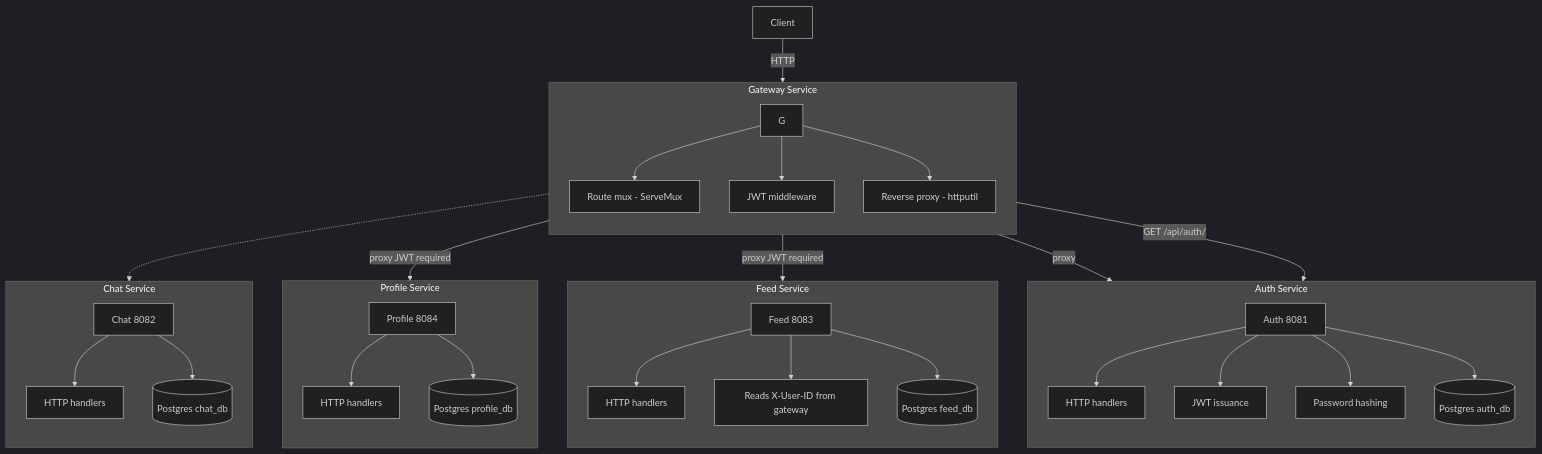
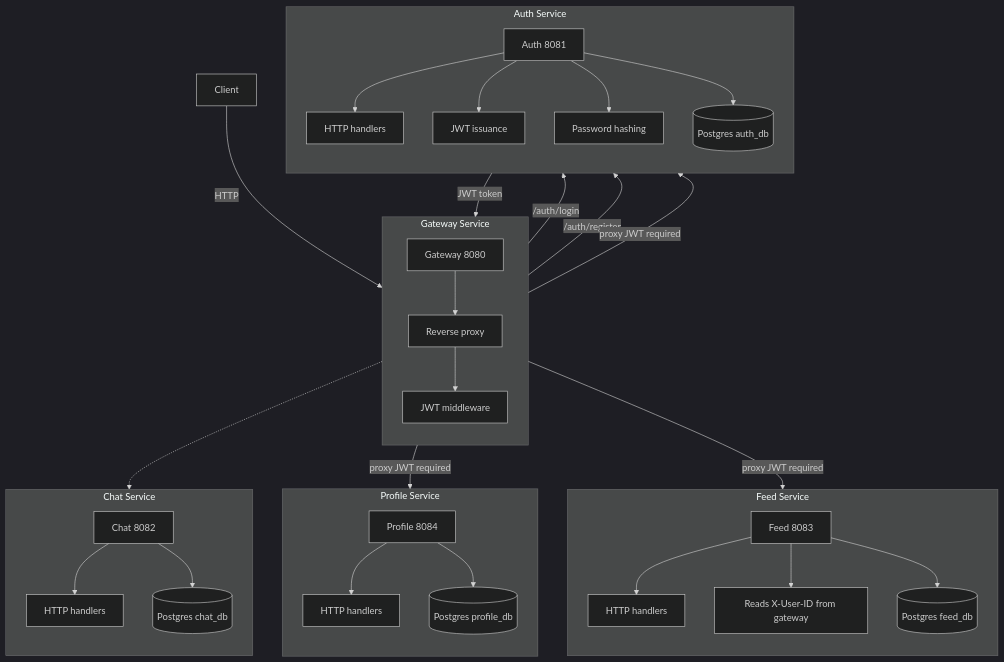
One commit to abeb021/wave-connect changed the first of 2 diagrams in README.md. Above: the diagram before and after it, drawn with Mermaid (dark theme). The commit also changed other lines of this file, not shown here.

Commit message:
fixed readme according to new flow

````diff
--- a/README.md
+++ b/README.md
@@ -29,55 +29,55 @@
 ```mermaid
 flowchart TB
   C[Client]
-
+  
   %% Gateway
-  subgraph Gateway["Gateway Service"]
+  G3[Gateway 8080]
+    subgraph Gateway["Gateway Service"]
     direction TB
-    G --> G1[Route mux - ServeMux]
-    G --> G2[JWT middleware]
-    G --> G3[Reverse proxy - httputil]
+    G2 --> G[JWT middleware]
+    G3 --> G2[Reverse proxy]
   end
 
   %% Domain services
-  G -->|proxy| AUTH[Auth 8081]
+  G2 -->|/auth/login| AUTH
+  G2 -->|/auth/register| AUTH
+  AUTH --> |JWT token| G2
+  G -->|proxy JWT required| AUTH[Auth 8081]
   G -->|proxy JWT required| FEED[Feed 8083]
   G -->|proxy JWT required| PROFILE[Profile 8084]
   G -.-> CHAT[Chat 8082]
 
   %% Auth service internals
   subgraph AuthService["Auth Service"]
     direction TB
     AUTH --> A1[HTTP handlers]
     AUTH --> A2[JWT issuance]
     AUTH --> A3[Password hashing]
     AUTH --> A4[(Postgres auth_db)]
   end
 
   %% Feed service internals
   subgraph FeedService["Feed Service"]
     direction TB
     FEED --> F1[HTTP handlers]
     FEED --> F2[Reads X-User-ID from gateway]
     FEED --> F3[(Postgres feed_db)]
   end
 
   %% Profile service internals
   subgraph ProfileService["Profile Service"]
     direction TB
     PROFILE --> P1[HTTP handlers]
     PROFILE --> P2[(Postgres profile_db)]
   end
 
   %% Chat service internals
   subgraph ChatService["Chat Service"]
     direction TB
     CHAT --> M1[HTTP handlers]
     CHAT --> M2[(Postgres chat_db)]
   end
 
-  %% Auth verification call (middleware)
-  G2 -->|GET /api/auth/<sub>| AUTH
-
   %% Client entrypoint
-  C -->|HTTP| G
+  C -->|HTTP| G3
 ```
````
